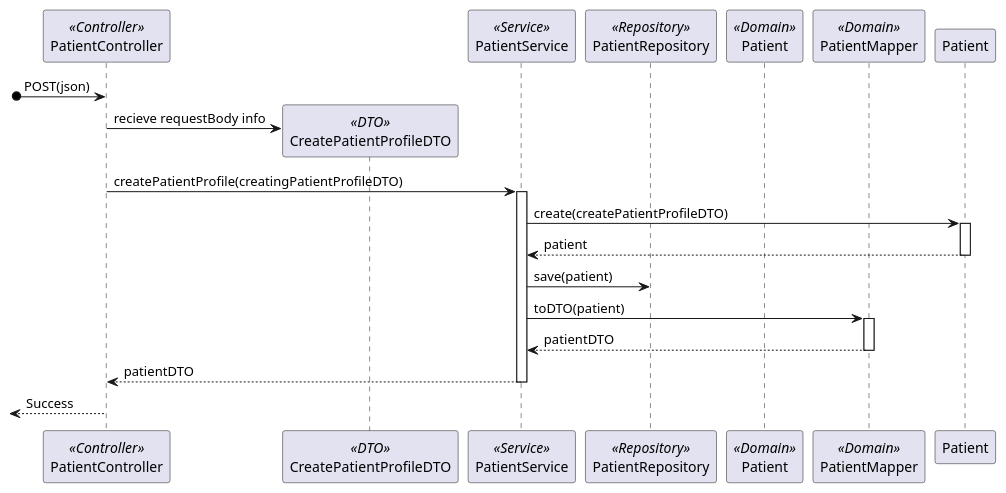
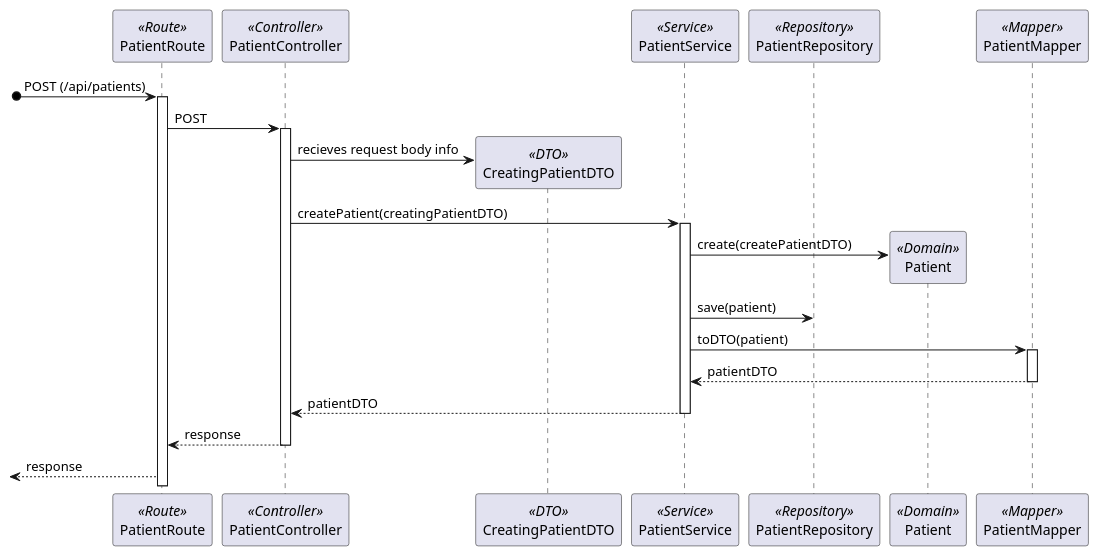
Before and after one commit to Rodrick0209/ISEP-SEM5PI-24-25: the diagram in docs/Sprint_1/US_5.1.8/L3/Process_View.puml, drawn with PlantUML. The commit also changed 5 other files, not shown here.

```diff
--- a/docs/Sprint_1/US_5.1.8/L3/Process_View.puml
+++ b/docs/Sprint_1/US_5.1.8/L3/Process_View.puml
@@ -2,24 +2,27 @@
 @startuml Process_View
+participant PatientRoute as Route <<Route>>
 participant PatientController as Controller <<Controller>>
-participant CreatePatientProfileDTO as DTO <<DTO>>
+participant CreatingPatientDTO as DTO <<DTO>>
 participant PatientService as Service <<Service>>
 participant PatientRepository as Repository <<Repository>>
 participant Patient as Domain <<Domain>>
-participant PatientMapper as Mapper <<Domain>>
-[o-> Controller: POST(json)
-Controller -> DTO** : recieve requestBody info
-Controller -> Service : createPatientProfile(creatingPatientProfileDTO)
+participant PatientMapper as Mapper <<Mapper>>
+[o-> Route: POST (/api/patients)
+activate Route
+Route -> Controller : POST
+activate Controller
+Controller -> DTO** : recieves request body info
+Controller -> Service : createPatient(creatingPatientDTO)
 activate Service
-Service -> Patient : create(createPatientProfileDTO)
-activate Patient
-return patient
+Service -> Domain** : create(createPatientDTO)
 Service -> Repository : save(patient)
 Service -> Mapper : toDTO(patient)
 activate Mapper
 return patientDTO
 Service --> Controller : patientDTO
 deactivate Service
-<-- Controller : Success
+Controller --> Route : response
 deactivate Controller
+<-- Route : response
 
 @enduml
```
